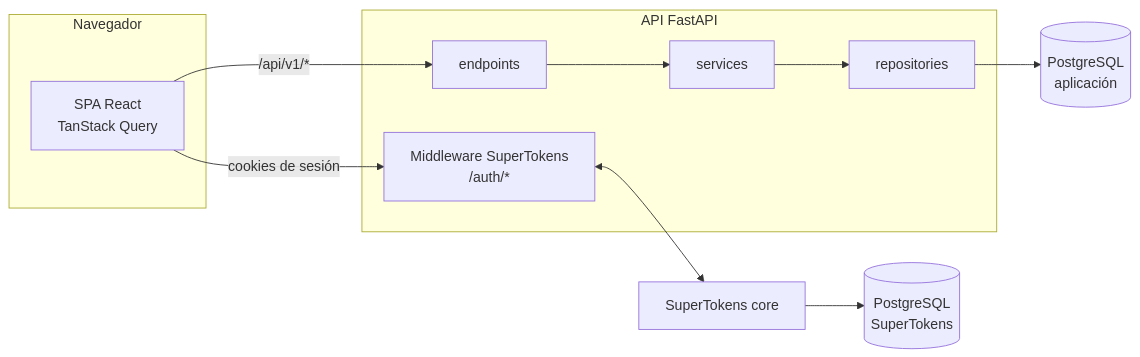
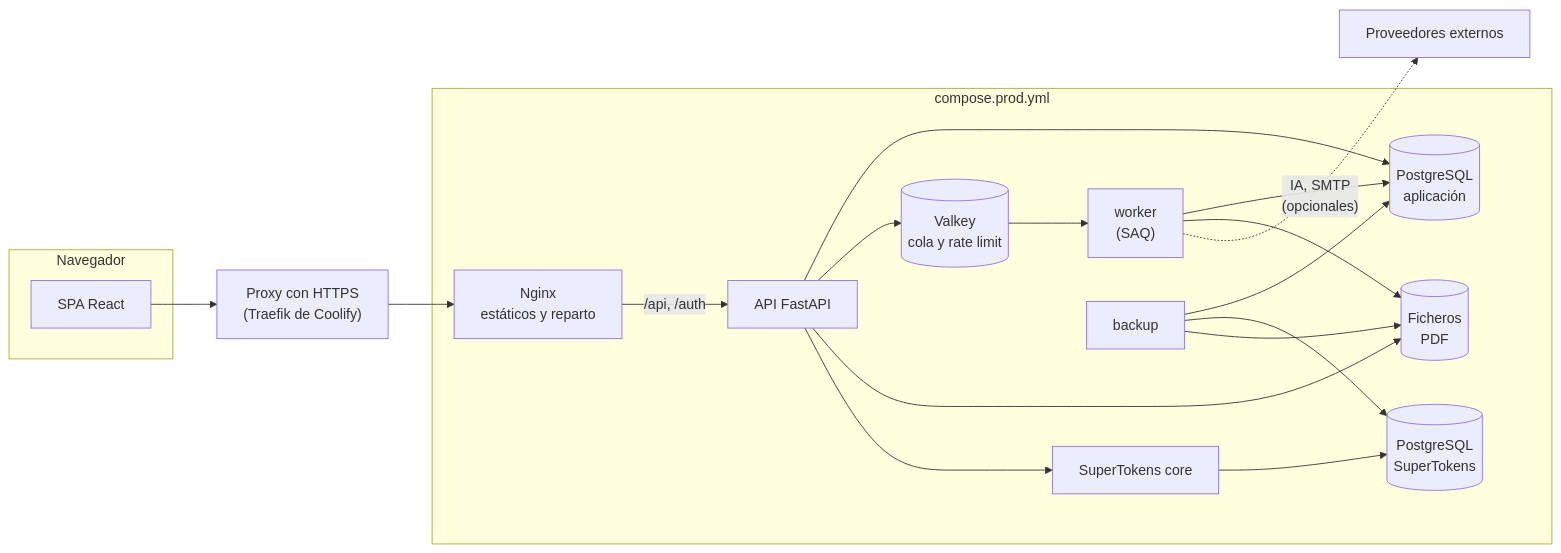
Before and after one commit to iMiguel10/applications-tracker: the diagram in README.md, drawn with Mermaid. The commit also changed other lines of this file and 38 other files, not shown here.

````diff
--- a/README.md
+++ b/README.md
@@ -75,15 +57,26 @@
 ```mermaid
 flowchart LR
     subgraph Navegador
-        SPA["SPA React<br/>TanStack Query"]
+        SPA["SPA React"]
     end
-    subgraph API["API FastAPI"]
-        MW["Middleware SuperTokens<br/>/auth/*"]
-        EP["endpoints"] --> SV["services"] --> RP["repositories"]
+    PX["Proxy con HTTPS<br/>(Traefik de Coolify)"]
+    subgraph Stack["compose.prod.yml"]
+        WEB["Nginx<br/>estáticos y reparto"]
+        API["API FastAPI"]
+        WK["worker<br/>(SAQ)"]
+        STC["SuperTokens core"]
+        Q[("Valkey<br/>cola y rate limit")]
+        DB[("PostgreSQL<br/>aplicación")]
+        STDB[("PostgreSQL<br/>SuperTokens")]
+        F[("Ficheros<br/>PDF")]
+        BK["backup"]
     end
-    SPA -- "cookies de sesión" --> MW
-    SPA -- "/api/v1/*" --> EP
-    MW <--> STC["SuperTokens core"]
-    STC --> STDB[("PostgreSQL<br/>SuperTokens")]
-    RP --> DB[("PostgreSQL<br/>aplicación")]
+    SPA --> PX --> WEB
+    WEB -- "/api, /auth" --> API
+    API --> DB & Q & F & STC
+    STC --> STDB
+    Q --> WK
+    WK --> DB & F
+    WK -. "IA, SMTP<br/>(opcionales)" .-> EXT["Proveedores externos"]
+    BK --> DB & STDB & F
 ```
````
